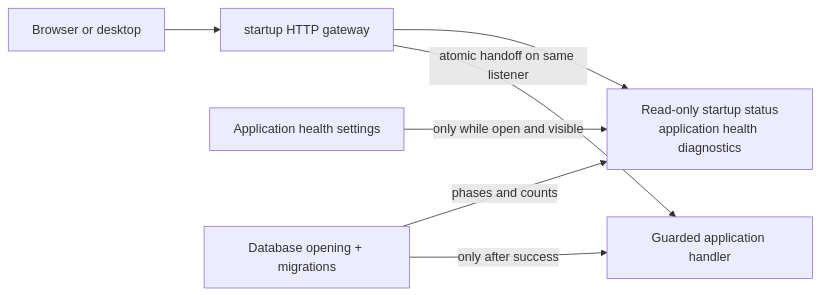
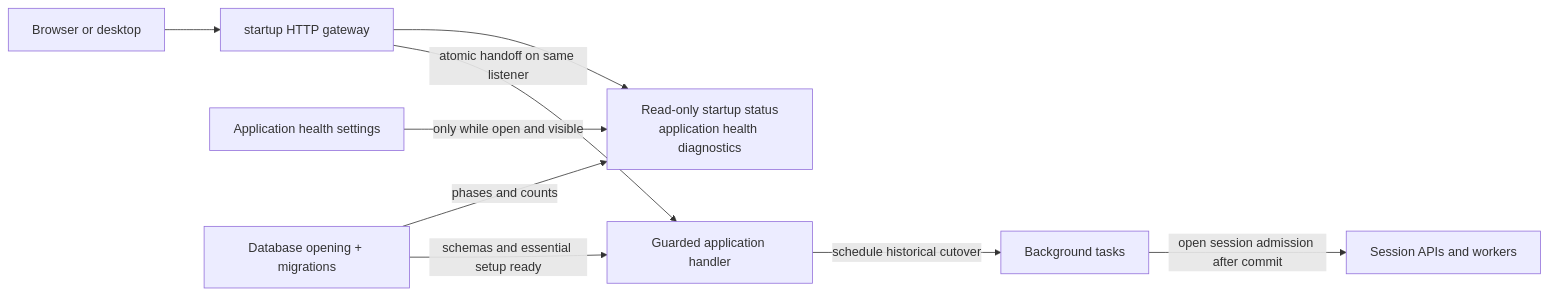
Before and after one commit to ocman/ocman: the sixth of 13 diagrams in docs/other/architecture.md, drawn with Mermaid. The commit also changed other lines of this file and 34 other files, not shown here.

First line of the commit message:
fix(startup): defer historical session preparation

````diff
--- a/docs/other/architecture.md
+++ b/docs/other/architecture.md
@@ -628,9 +628,11 @@
 ```mermaid
 flowchart LR
     Browser[Browser or desktop] --> Gateway[startup HTTP gateway]
     Gateway --> Progress[Read-only startup status<br/>application health diagnostics]
     Settings[Application health settings] -->|only while open and visible| Progress
     Composition[Database opening + migrations] -->|phases and counts| Progress
-    Composition -->|only after success| Application[Guarded application handler]
+    Composition -->|schemas and essential setup ready| Application[Guarded application handler]
     Gateway -->|atomic handoff on same listener| Application
+    Application -->|schedule historical cutover| Tasks[Background tasks]
+    Tasks -->|open session admission after commit| Sessions[Session APIs and workers]
 ```
````
